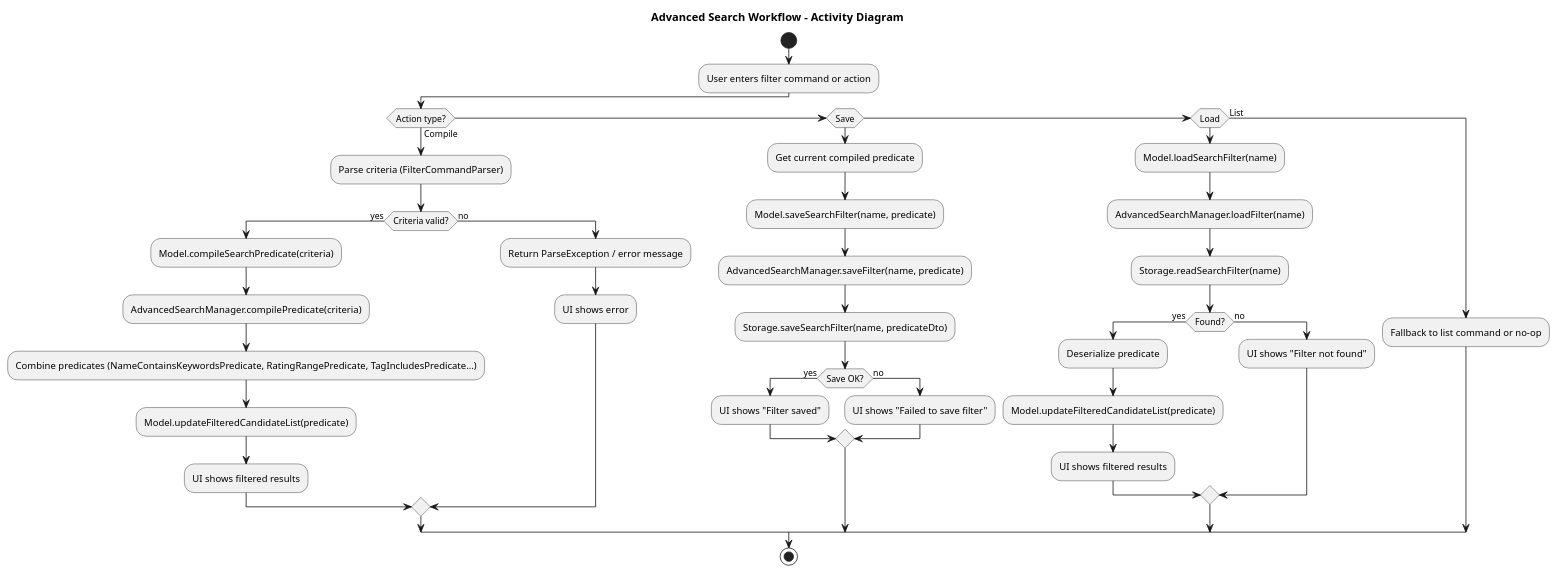
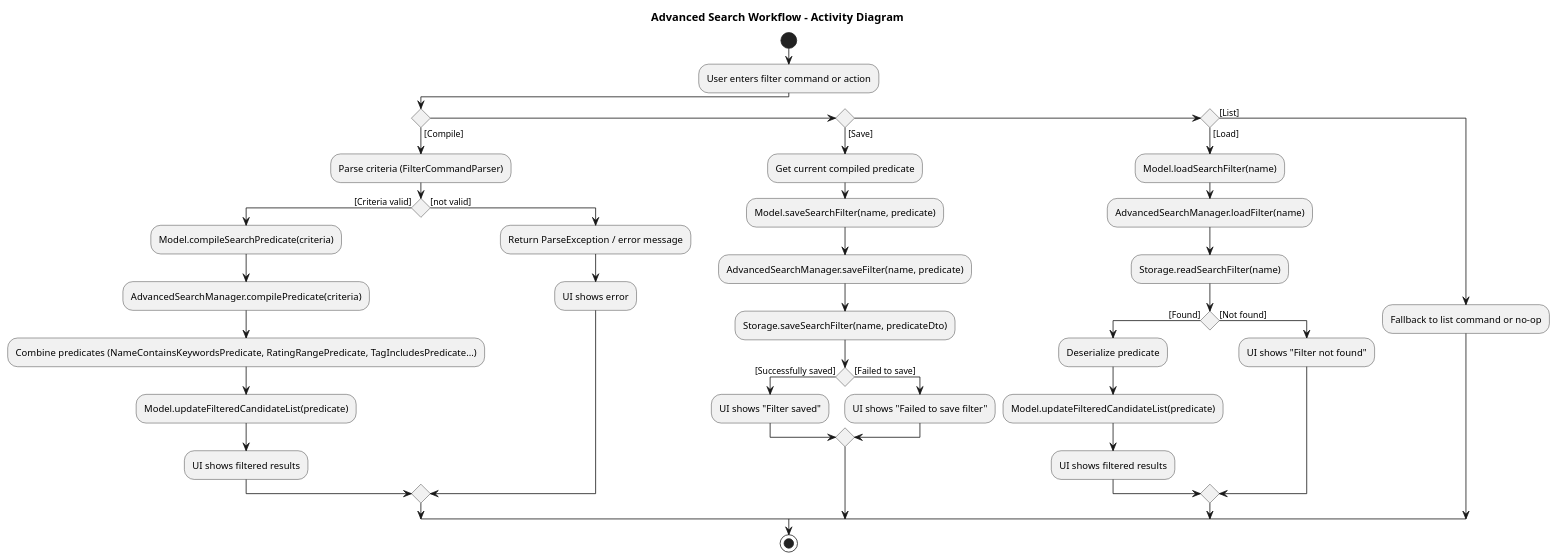
The diagram in docs/diagrams/SearchWorkflow.puml (julius-gwee/tp), drawn with PlantUML before and after one commit. The commit also changed other lines of this file and 1 other file, not shown here.

Commit message:
Update search workflow UML diagram

```diff
--- a/docs/diagrams/SearchWorkflow.puml
+++ b/docs/diagrams/SearchWorkflow.puml
@@ -1,44 +1,44 @@
 @startuml SearchWorkflow
 title Advanced Search Workflow - Activity Diagram
 
 start
 :User enters filter command or action;
-if (Action type?) then (Compile)
-  :Parse criteria (FilterCommandParser);
-  if (Criteria valid?) then (yes)
-    :Model.compileSearchPredicate(criteria);
-    :AdvancedSearchManager.compilePredicate(criteria);
-    :Combine predicates (NameContainsKeywordsPredicate, RatingRangePredicate, TagIncludesPredicate...);
-    :Model.updateFilteredCandidateList(predicate);
-    :UI shows filtered results;
-  else (no)
-    :Return ParseException / error message;
-    :UI shows error;
-  endif
-elseif (Save)
-  :Get current compiled predicate;
-  :Model.saveSearchFilter(name, predicate);
-  :AdvancedSearchManager.saveFilter(name, predicate);
-  :Storage.saveSearchFilter(name, predicateDto);
-  if (Save OK?) then (yes)
-    :UI shows "Filter saved";
-  else (no)
-    :UI shows "Failed to save filter";
-  endif
-elseif (Load)
-  :Model.loadSearchFilter(name);
-  :AdvancedSearchManager.loadFilter(name);
-  :Storage.readSearchFilter(name);
-  if (Found?) then (yes)
-    :Deserialize predicate;
-    :Model.updateFilteredCandidateList(predicate);
-    :UI shows filtered results;
-  else (no)
-    :UI shows "Filter not found";
-  endif
-else (List)
-  :Fallback to list command or no-op;
+
+if () then ([Compile])
+:Parse criteria (FilterCommandParser);
+if () then ([Criteria valid])
+:Model.compileSearchPredicate(criteria);
+:AdvancedSearchManager.compilePredicate(criteria);
+:Combine predicates (NameContainsKeywordsPredicate, RatingRangePredicate, TagIncludesPredicate...);
+:Model.updateFilteredCandidateList(predicate);
+:UI shows filtered results;
+else ([not valid])
+:Return ParseException / error message;
+:UI shows error;
+endif
+elseif () then ([Save])
+:Get current compiled predicate;
+:Model.saveSearchFilter(name, predicate);
+:AdvancedSearchManager.saveFilter(name, predicate);
+:Storage.saveSearchFilter(name, predicateDto);
+if () then ([Successfully saved])
+:UI shows "Filter saved";
+else ([Failed to save])
+:UI shows "Failed to save filter";
+endif
+elseif () then ([Load])
+:Model.loadSearchFilter(name);
+:AdvancedSearchManager.loadFilter(name);
+:Storage.readSearchFilter(name);
+if () then ([Found])
+:Deserialize predicate;
+:Model.updateFilteredCandidateList(predicate);
+:UI shows filtered results;
+else ([Not found])
+:UI shows "Filter not found";
+endif
+else ([List])
+:Fallback to list command or no-op;
 endif
 stop
-
 @enduml
```
